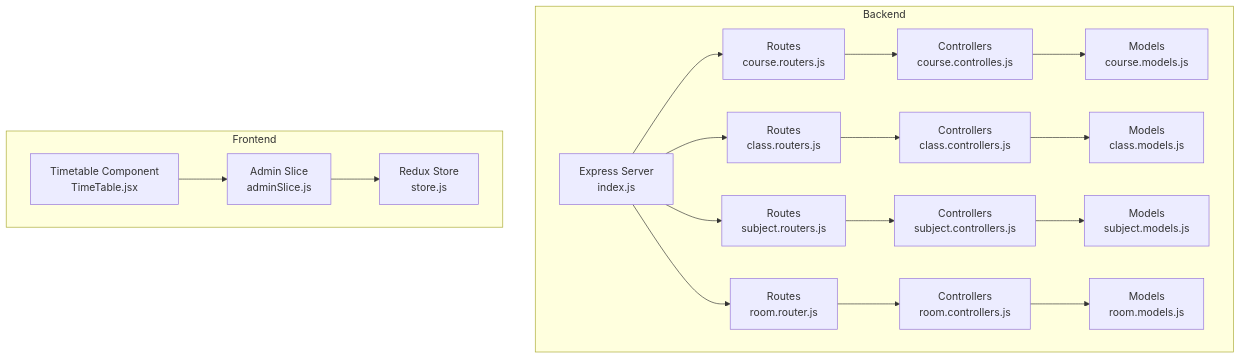
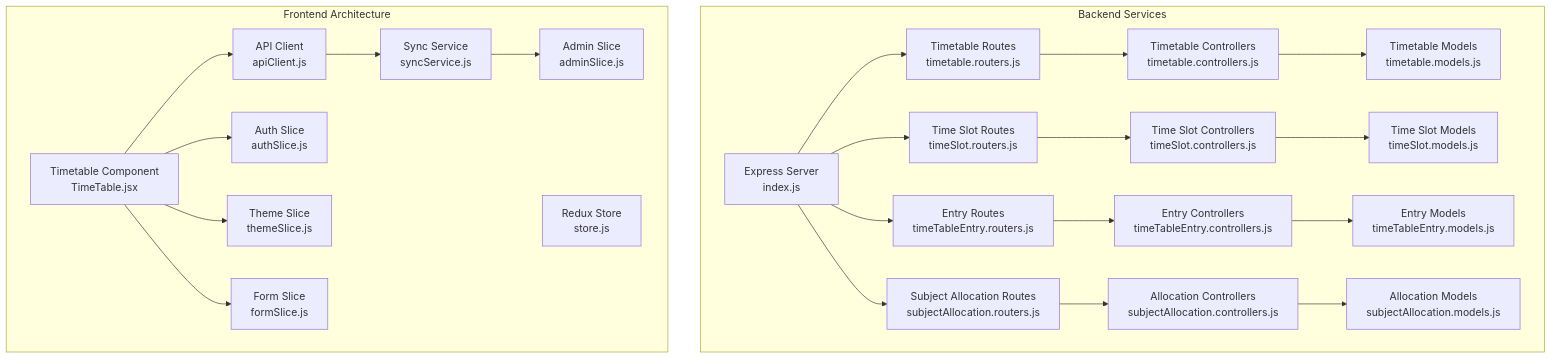
Before and after one commit to Aryan9060/Timetable-Project: the first of 8 diagrams in .qoder/repowiki/en/content/Timetable Generation System/Data Integration & API Connectivity.md, drawn with Mermaid. The commit also changed other lines of this file and 7 other files, not shown here.

First line of the commit message:
feat(timetable): enhance data integration with real-time sync and caching

````diff
--- a/.qoder/repowiki/en/content/Timetable Generation System/Data Integration & API Connectivity.md
+++ b/.qoder/repowiki/en/content/Timetable Generation System/Data Integration & API Connectivity.md
@@ -43,28 +62,38 @@
 ```mermaid
 graph TB
-subgraph "Backend"
+subgraph "Backend Services"
 S["Express Server<br/>index.js"]
-R1["Routes<br/>course.routers.js"]
-R2["Routes<br/>class.routers.js"]
-R3["Routes<br/>subject.routers.js"]
-R4["Routes<br/>room.router.js"]
-C1["Controllers<br/>course.controlles.js"]
-C2["Controllers<br/>class.controllers.js"]
-C3["Controllers<br/>subject.controllers.js"]
-C4["Controllers<br/>room.controllers.js"]
-M1["Models<br/>course.models.js"]
-M2["Models<br/>class.models.js"]
-M3["Models<br/>subject.models.js"]
-M4["Models<br/>room.models.js"]
+R1["Timetable Routes<br/>timetable.routers.js"]
+R2["Time Slot Routes<br/>timeSlot.routers.js"]
+R3["Entry Routes<br/>timeTableEntry.routers.js"]
+R4["Subject Allocation Routes<br/>subjectAllocation.routers.js"]
+C1["Timetable Controllers<br/>timetable.controllers.js"]
+C2["Time Slot Controllers<br/>timeSlot.controllers.js"]
+C3["Entry Controllers<br/>timeTableEntry.controllers.js"]
+C4["Allocation Controllers<br/>subjectAllocation.controllers.js"]
+M1["Timetable Models<br/>timetable.models.js"]
+M2["Time Slot Models<br/>timeSlot.models.js"]
+M3["Entry Models<br/>timeTableEntry.models.js"]
+M4["Allocation Models<br/>subjectAllocation.models.js"]
 end
-subgraph "Frontend"
+subgraph "Frontend Architecture"
+AC["API Client<br/>apiClient.js"]
+SS["Sync Service<br/>syncService.js"]
 ST["Redux Store<br/>store.js"]
-SL["Admin Slice<br/>adminSlice.js"]
+AS["Admin Slice<br/>adminSlice.js"]
+AU["Auth Slice<br/>authSlice.js"]
+TS["Theme Slice<br/>themeSlice.js"]
+FS["Form Slice<br/>formSlice.js"]
 TT["Timetable Component<br/>TimeTable.jsx"]
 end
 S --> R1 --> C1 --> M1
 S --> R2 --> C2 --> M2
 S --> R3 --> C3 --> M3
 S --> R4 --> C4 --> M4
-TT --> SL --> ST
+TT --> AC
+AC --> SS
+SS --> AS
+TT --> AU
+TT --> TS
+TT --> FS
 ```
````
